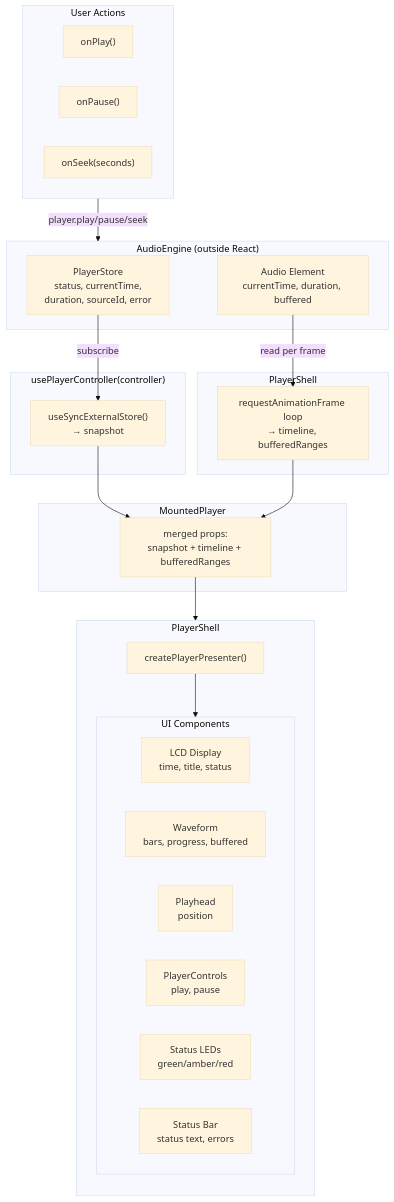
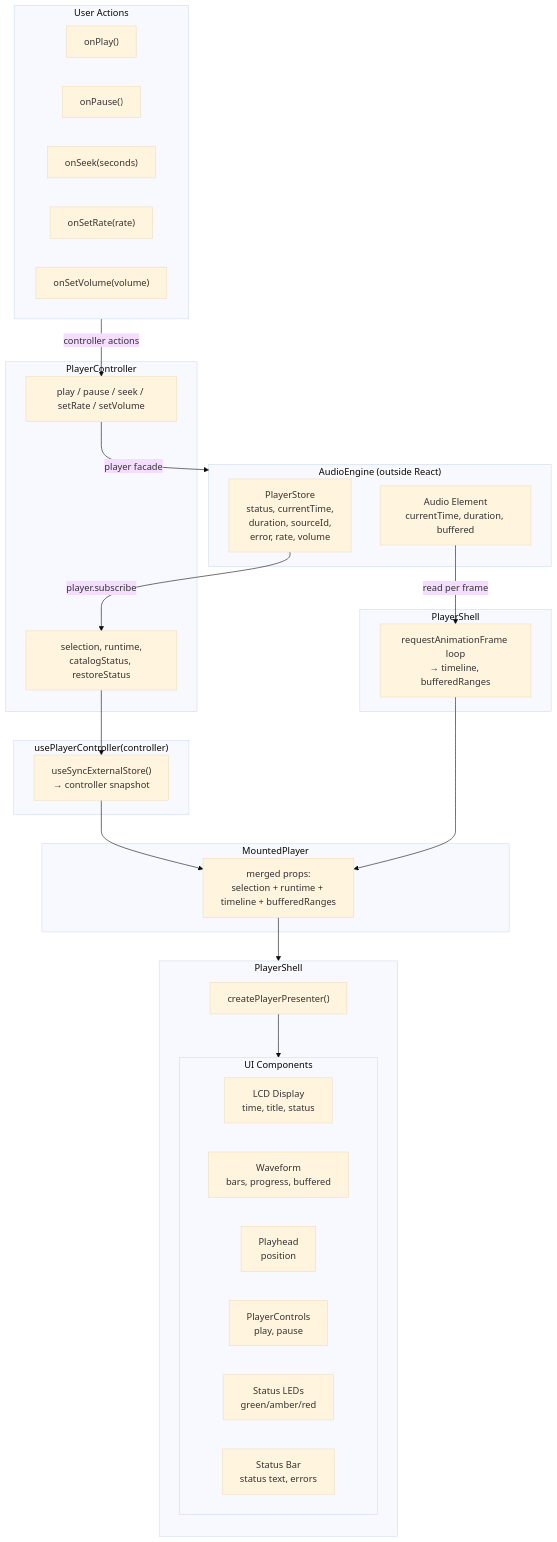
One commit to kalynbeach/kkb changed the fourth of 5 diagrams in docs/diagrams/2026-03-10-web-audio-player-flows.md. Above: the diagram before and after it, drawn with Mermaid (base theme). The commit also changed other lines of this file and 27 other files, not shown here.

````diff
--- a/docs/diagrams/2026-03-10-web-audio-player-flows.md
+++ b/docs/diagrams/2026-03-10-web-audio-player-flows.md
@@ -136,46 +143,55 @@
 ```mermaid
 flowchart TB
     subgraph Engine["AudioEngine (outside React)"]
-        Store["PlayerStore<br/>status, currentTime,<br/>duration, sourceId, error"]
+        Store["PlayerStore<br/>status, currentTime,<br/>duration, sourceId,<br/>error, rate, volume"]
         AE["Audio Element<br/>currentTime, duration, buffered"]
     end
 
+    subgraph Controller["PlayerController"]
+        SNAP["selection, runtime,<br/>catalogStatus, restoreStatus"]
+        ACT["play / pause / seek / setRate / setVolume"]
+    end
+
     subgraph Hook["usePlayerController(controller)"]
-        USES["useSyncExternalStore()<br/>→ snapshot"]
+        USES["useSyncExternalStore()<br/>→ controller snapshot"]
     end
 
     subgraph ShellLoop["PlayerShell"]
         RAF["requestAnimationFrame loop<br/>→ timeline, bufferedRanges"]
     end
 
     subgraph Client["MountedPlayer"]
-        Props["merged props:<br/>snapshot + timeline + bufferedRanges"]
+        Props["merged props:<br/>selection + runtime + timeline + bufferedRanges"]
     end
 
     subgraph Shell["PlayerShell"]
         direction TB
         P["createPlayerPresenter()"]
         subgraph Views["UI Components"]
             LCD["LCD Display<br/>time, title, status"]
             WF["Waveform<br/>bars, progress, buffered"]
             PH["Playhead<br/>position"]
             CTL["PlayerControls<br/>play, pause"]
             LED["Status LEDs<br/>green/amber/red"]
             SB["Status Bar<br/>status text, errors"]
         end
         P --> Views
     end
 
     subgraph Actions["User Actions"]
         Play["onPlay()"]
         Pause["onPause()"]
         Seek["onSeek(seconds)"]
+        Rate["onSetRate(rate)"]
+        Volume["onSetVolume(volume)"]
     end
 
-    Store -->|"subscribe"| USES
+    Store -->|"player.subscribe"| SNAP
+    SNAP --> USES
     AE -->|"read per frame"| RAF
     USES --> Props
     RAF --> Props
     Props --> Shell
-    Actions -->|"player.play/pause/seek"| Engine
+    Actions -->|"controller actions"| ACT
+    ACT -->|"player facade"| Engine
 ```
````
